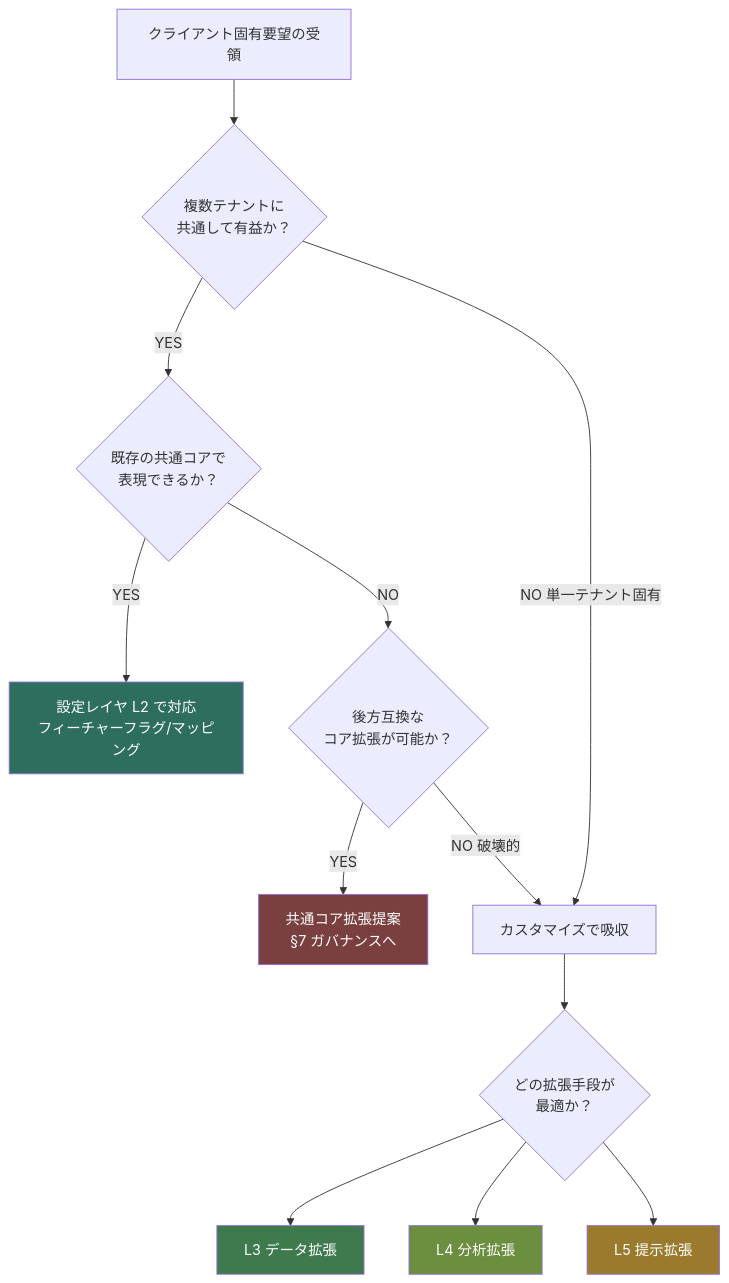
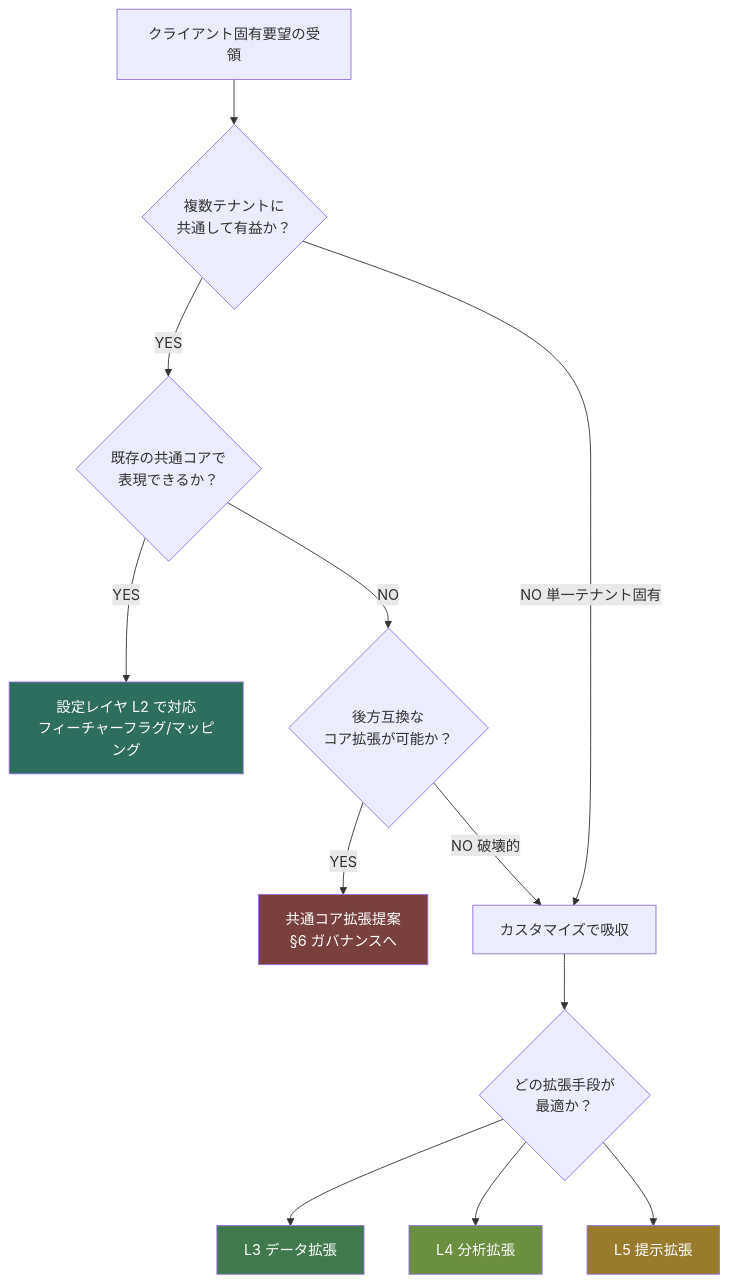
The second of 7 diagrams in docs/platform-design/detailed-design/27-si-customization-and-provisioning.md (TSUNAGUBA/akebono-honshu), drawn with Mermaid before and after one commit. The commit also changed other lines of this file and 30 other files, not shown here.

````diff
--- a/docs/platform-design/detailed-design/27-si-customization-and-provisioning.md
+++ b/docs/platform-design/detailed-design/27-si-customization-and-provisioning.md
@@ -111,20 +111,20 @@
 ```mermaid
 flowchart TD
     A["クライアント固有要望の受領"] --> B{"複数テナントに<br/>共通して有益か？"}
     B -->|"YES"| C{"既存の共通コアで<br/>表現できるか？"}
     B -->|"NO 単一テナント固有"| G["カスタマイズで吸収"]
     C -->|"YES"| D["設定レイヤ L2 で対応<br/>フィーチャーフラグ/マッピング"]
     C -->|"NO"| E{"後方互換な<br/>コア拡張が可能か？"}
-    E -->|"YES"| F["共通コア拡張提案<br/>§7 ガバナンスへ"]
+    E -->|"YES"| F["共通コア拡張提案<br/>§6 ガバナンスへ"]
     E -->|"NO 破壊的"| G
     G --> H{"どの拡張手段が<br/>最適か？"}
     H --> I["L3 データ拡張"]
     H --> J["L4 分析拡張"]
     H --> K["L5 提示拡張"]
 
     style F fill:#7a3f3f,color:#fff
     style D fill:#2e6e5e,color:#fff
     style I fill:#3f7a4e,color:#fff
     style J fill:#6b8e3f,color:#fff
     style K fill:#9a7b2e,color:#fff
 ```
````
